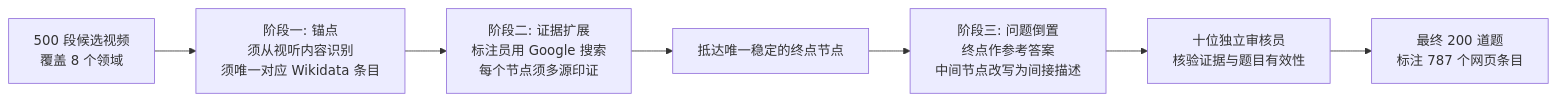
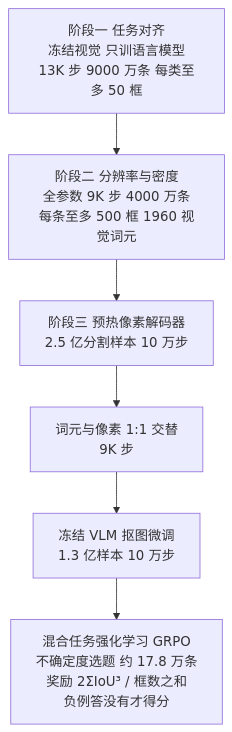
One commit to yingwang/paper-reads changed the third of 3 diagrams in docs/index.md. Above: the diagram before and after it, drawn with Mermaid. The commit also changed other lines of this file and 2 other files, not shown here.

````diff
--- a/docs/index.md
+++ b/docs/index.md
@@ -104,9 +166,8 @@
 ```mermaid
-flowchart LR
-    V[500 段候选视频<br/>覆盖 8 个领域] --> A1[阶段一: 锚点<br/>须从视听内容识别<br/>须唯一对应 Wikidata 条目]
-    A1 --> A2[阶段二: 证据扩展<br/>标注员用 Google 搜索<br/>每个节点须多源印证]
-    A2 --> T[抵达唯一稳定的终点节点]
-    T --> A3[阶段三: 问题倒置<br/>终点作参考答案<br/>中间节点改写为间接描述]
-    A3 --> R[十位独立审核员<br/>核验证据与题目有效性]
-    R --> F[最终 200 道题<br/>标注 787 个网页条目]
+flowchart TD
+    S1[阶段一 任务对齐<br/>冻结视觉 只训语言模型<br/>13K 步 9000 万条 每类至多 50 框] --> S2[阶段二 分辨率与密度<br/>全参数 9K 步 4000 万条<br/>每条至多 500 框 1960 视觉词元]
+    S2 --> S3a[阶段三 预热像素解码器<br/>2.5 亿分割样本 10 万步]
+    S3a --> S3b[词元与像素 1:1 交替<br/>9K 步]
+    S3b --> S3c[冻结 VLM 抠图微调<br/>1.3 亿样本 10 万步]
+    S3c --> RL[混合任务强化学习 GRPO<br/>不确定度选题 约 17.8 万条<br/>奖励 2ΣIoU³ / 框数之和<br/>负例答没有才得分]
 ```
````
